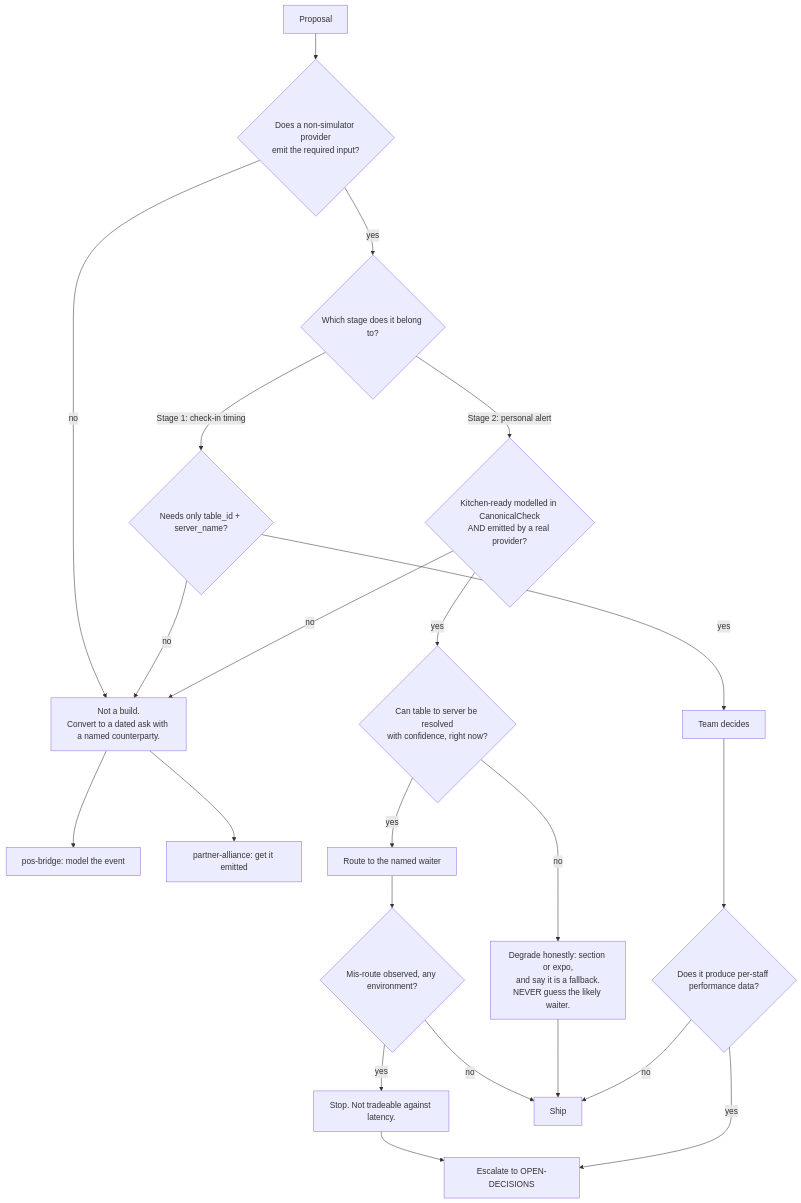
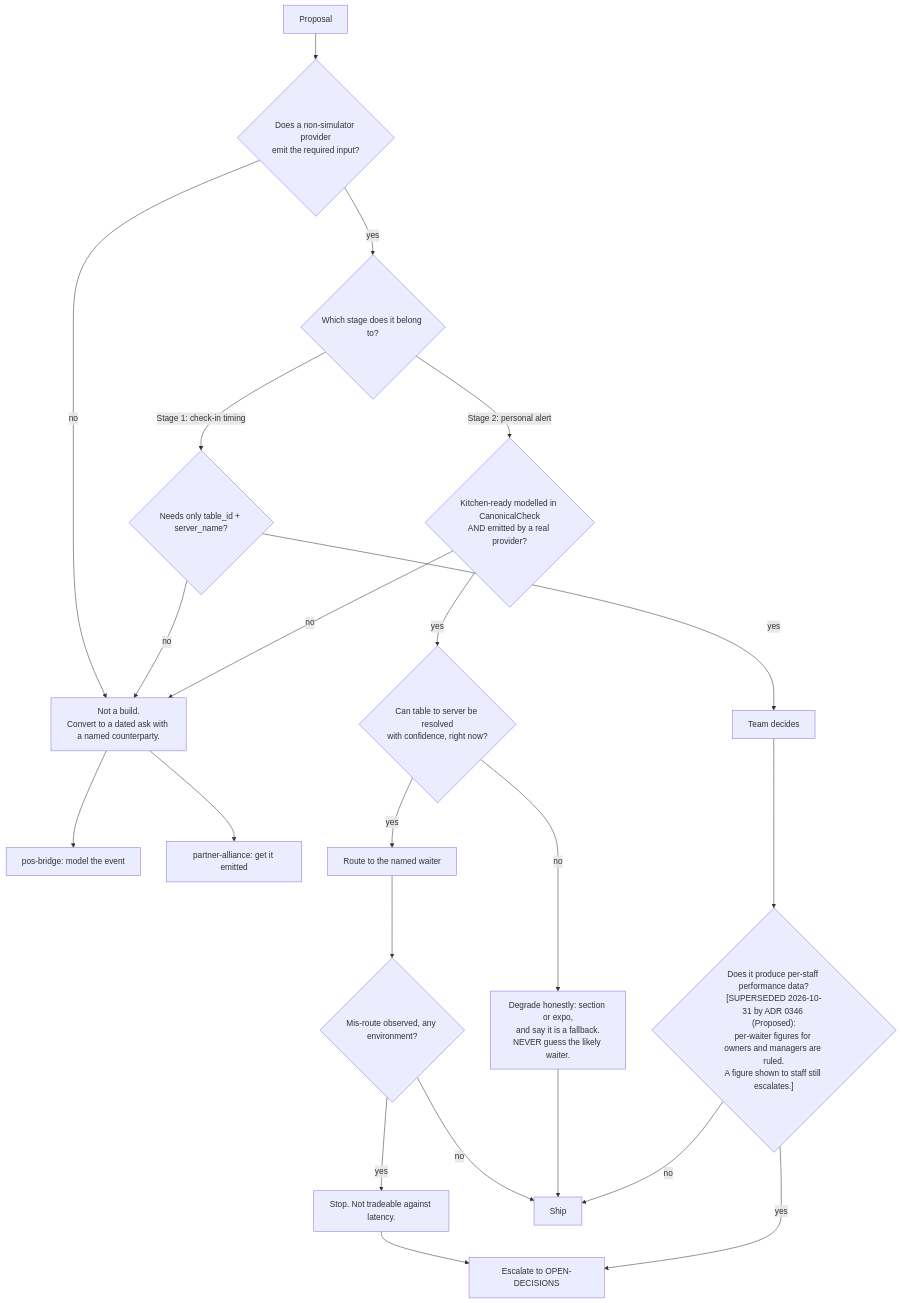
One commit to aldemirkonuk/RestaurantAIAutomation changed the diagram in .planning/01-org/product/product-vision/teams/service-floor/service-floor-directive.md. Above: the diagram before and after it, drawn with Mermaid. The commit also changed other lines of this file and 25 other files, not shown here.

````diff
--- a/.planning/01-org/product/product-vision/teams/service-floor/service-floor-directive.md
+++ b/.planning/01-org/product/product-vision/teams/service-floor/service-floor-directive.md
@@ -20,29 +20,29 @@
 ```mermaid
 graph TD
   A[Proposal] --> B{Does a non-simulator provider<br/>emit the required input?}
   B -->|no| C[Not a build.<br/>Convert to a dated ask with a named counterparty.]
   C --> C1[pos-bridge: model the event]
   C --> C2[partner-alliance: get it emitted]
   B -->|yes| D{Which stage does it belong to?}
 
   D -->|Stage 1: check-in timing| E{Needs only table_id + server_name?}
   E -->|yes| F[Team decides]
   E -->|no| C
 
   D -->|Stage 2: personal alert| G{Kitchen-ready modelled in CanonicalCheck<br/>AND emitted by a real provider?}
   G -->|no| C
   G -->|yes| H{Can table to server be resolved<br/>with confidence, right now?}
 
   H -->|yes| I[Route to the named waiter]
   H -->|no| J[Degrade honestly: section or expo,<br/>and say it is a fallback.<br/>NEVER guess the likely waiter.]
 
   I --> K{Mis-route observed, any environment?}
   K -->|yes| L[Stop. Not tradeable against latency.]
   K -->|no| M[Ship]
   J --> M
 
   L --> N[Escalate to OPEN-DECISIONS]
-  F --> O{Does it produce per-staff performance data?}
+  F --> O{"Does it produce per-staff performance data?<br/>[SUPERSEDED 2026-10-31 by ADR 0346 (Proposed):<br/>per-waiter figures for owners and managers are ruled.<br/>A figure shown to staff still escalates.]"}
   O -->|yes| N
   O -->|no| M
 ```
````
